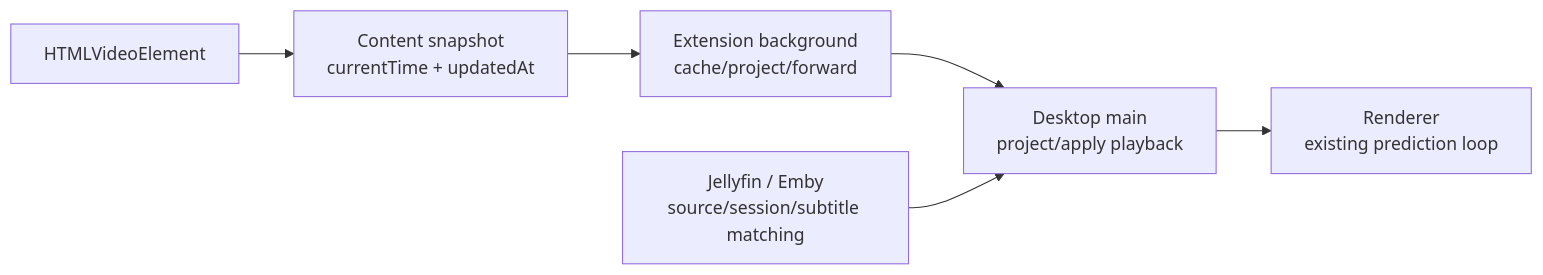
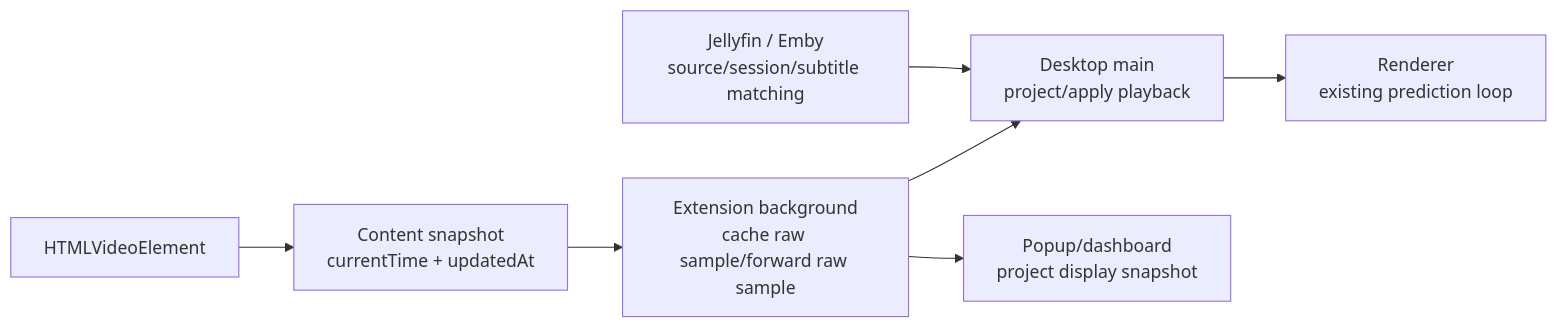
One commit to XiiTang/Immersive-Subs-Prompter changed the diagram in docs/superpowers/specs/2026-06-18-playback-time-baseline-design.md. Above: the diagram before and after it, drawn with Mermaid. The commit also changed other lines of this file and 17 other files, not shown here.

````diff
--- a/docs/superpowers/specs/2026-06-18-playback-time-baseline-design.md
+++ b/docs/superpowers/specs/2026-06-18-playback-time-baseline-design.md
@@ -27,8 +27,9 @@
 ```mermaid
 flowchart LR
   Video["HTMLVideoElement"] --> Content["Content snapshot\ncurrentTime + updatedAt"]
-  Content --> Background["Extension background\ncache/project/forward"]
+  Content --> Background["Extension background\ncache raw sample/forward raw sample"]
   Background --> DesktopMain["Desktop main\nproject/apply playback"]
   Jellyfin["Jellyfin / Emby\nsource/session/subtitle matching"] --> DesktopMain
   DesktopMain --> Renderer["Renderer\nexisting prediction loop"]
+  Background --> Popup["Popup/dashboard\nproject display snapshot"]
 ```
````
